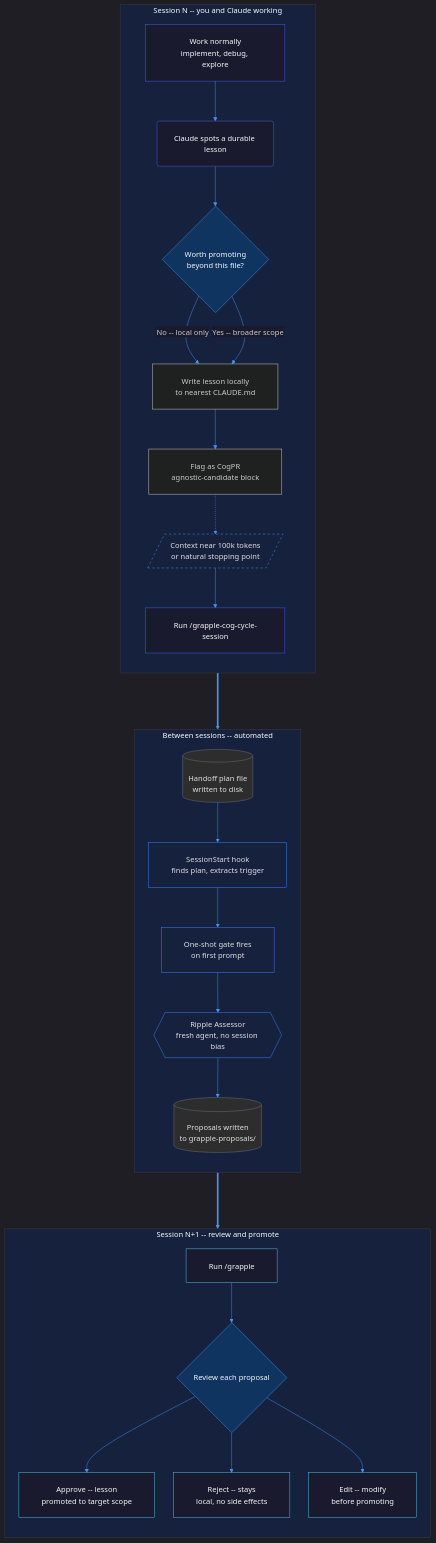
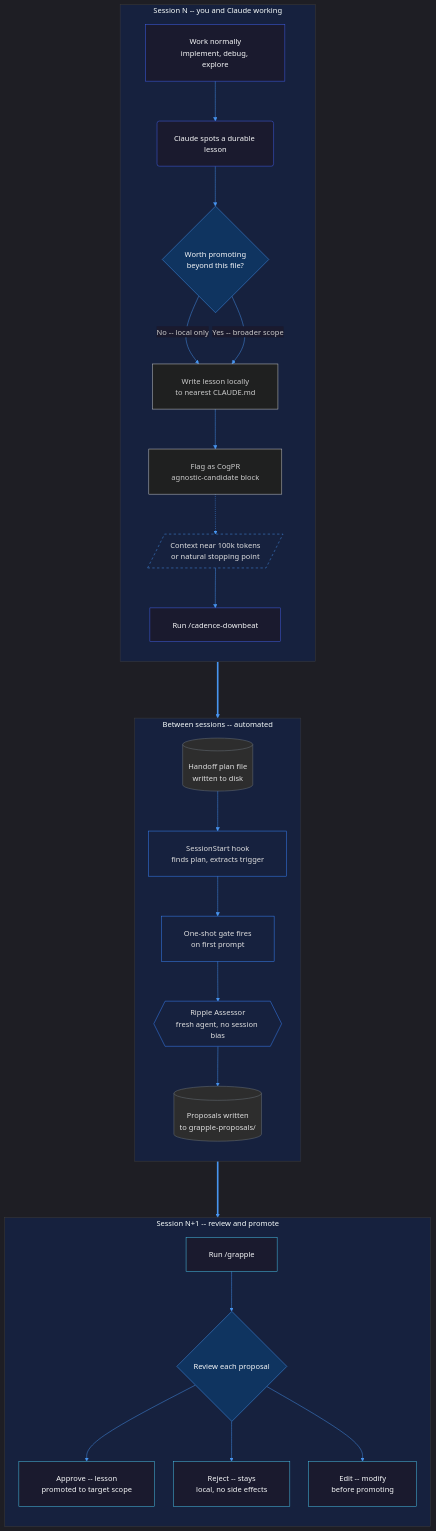
The diagram in DEV-README.md (prompted365/context-grapple-gun), drawn with Mermaid before and after one commit. The commit also changed other lines of this file and 5 other files, not shown here.

First line of the commit message:
feat: rename grapple-cog-cycle-session to cadence-downbeat, add tic/tic-zone primitives

````diff
--- a/DEV-README.md
+++ b/DEV-README.md
@@ -31,67 +31,67 @@
 ```mermaid
 %%{init: {'theme': 'dark', 'flowchart': {'padding': 24, 'rankSpacing': 60, 'nodeSpacing': 40}, 'themeVariables': {'primaryColor': '#4361ee', 'primaryTextColor': '#f8f9fa', 'primaryBorderColor': '#6c757d', 'lineColor': '#4895ef', 'secondaryColor': '#1a1a2e', 'tertiaryColor': '#16213e', 'edgeLabelBackground': '#1a1a2e', 'clusterBkg': '#16213e', 'clusterBorder': '#3d3d3d', 'noteTextColor': '#e0e0e0', 'noteBkgColor': '#2d2d2d'}}}%%
 flowchart TB
     subgraph S1["Session N -- you and Claude working"]
         direction TB
         A["Work normally<br/>implement, debug, explore"]
         B("Claude spots a durable lesson")
         C{"Worth promoting<br/>beyond this file?"}
         D["Write lesson locally<br/>to nearest CLAUDE.md"]
         E["Flag as CogPR<br/>agnostic-candidate block"]
         F[/"Context near 100k tokens<br/>or natural stopping point"/]
-        G["Run /grapple-cog-cycle-session"]
+        G["Run /cadence-downbeat"]
 
         A --> B
         B --> C
         C -- "No -- local only" --> D
         C -- "Yes -- broader scope" --> D
         D --> E
         E -.-> F
         F --> G
     end
 
     subgraph BT["Between sessions -- automated"]
         direction TB
         H[("Handoff plan file<br/>written to disk")]
         I["SessionStart hook<br/>finds plan, extracts trigger"]
         J["One-shot gate fires<br/>on first prompt"]
         K{{"Ripple Assessor<br/>fresh agent, no session bias"}}
         L[("Proposals written<br/>to grapple-proposals/")]
 
         H --> I
         I --> J
         J --> K
         K --> L
     end
 
     subgraph S2["Session N+1 -- review and promote"]
         direction TB
         M["Run /grapple"]
         N{"Review each proposal"}
         O["Approve -- lesson<br/>promoted to target scope"]
         P["Reject -- stays<br/>local, no side effects"]
         Q["Edit -- modify<br/>before promoting"]
 
         M --> N
         N --> O
         N --> P
         N --> Q
     end
 
     G ===> H
     L ===> M
 
     classDef work fill:#1a1a2e,stroke:#4361ee,color:#f8f9fa
     classDef decision fill:#0f3460,stroke:#4895ef,color:#f8f9fa
     classDef auto fill:#16213e,stroke:#3a86ff,color:#e0e0e0
     classDef store fill:#2d2d2d,stroke:#6c757d,color:#e0e0e0
     classDef review fill:#1a1a2e,stroke:#4cc9f0,color:#f8f9fa
     classDef trigger fill:#16213e,stroke:#4895ef,color:#e0e0e0,stroke-dasharray: 5 5
 
     class A,B,G work
     class C,N decision
     class I,J,K auto
     class H,L store
     class M,O,P,Q review
     class F trigger
 ```
````
